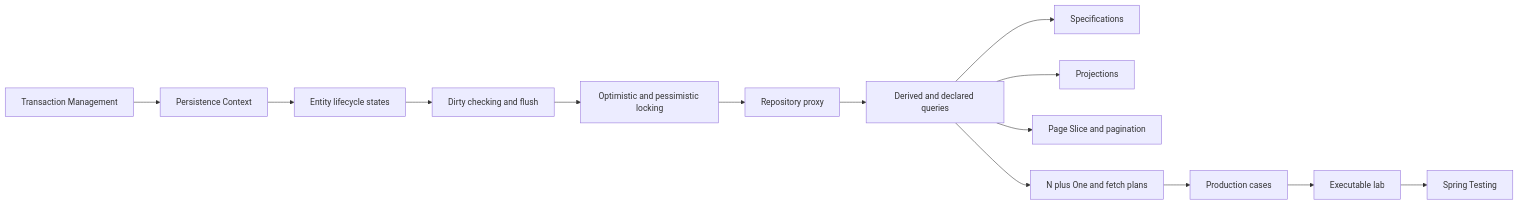
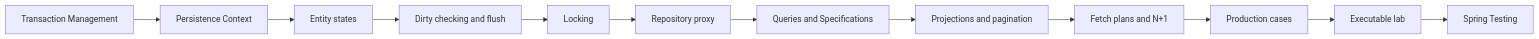
One commit to alimbetov/obsidian changed the diagram in 30_CERTIFICATIONS/Spring/2V0-72.22/Spring Data JPA Roadmap.md. Above: the diagram before and after it, drawn with Mermaid. The commit also changed other lines of this file, not shown here.

Commit message:
docs: normalize Spring Data JPA route cross-links

````diff
--- a/30_CERTIFICATIONS/Spring/2V0-72.22/Spring Data JPA Roadmap.md
+++ b/30_CERTIFICATIONS/Spring/2V0-72.22/Spring Data JPA Roadmap.md
@@ -44,16 +42,14 @@
 ```mermaid
 flowchart LR
-    TX[Transaction Management] --> PC[Persistence Context]
-    PC --> STATE[Entity lifecycle states]
-    STATE --> DIRTY[Dirty checking and flush]
-    DIRTY --> LOCK[Optimistic and pessimistic locking]
-    LOCK --> REPO[Repository proxy]
-    REPO --> QUERY[Derived and declared queries]
-    QUERY --> SPEC[Specifications]
-    QUERY --> PROJ[Projections]
-    QUERY --> PAGE[Page Slice and pagination]
-    QUERY --> FETCH[N plus One and fetch plans]
-    FETCH --> PROD[Production cases]
-    PROD --> LAB[Executable lab]
-    LAB --> TEST[Spring Testing]
+    TX["Transaction Management"] --> PC["Persistence Context"]
+    PC --> STATE["Entity states"]
+    STATE --> DIRTY["Dirty checking and flush"]
+    DIRTY --> LOCK["Locking"]
+    LOCK --> REPO["Repository proxy"]
+    REPO --> QUERY["Queries and Specifications"]
+    QUERY --> SHAPE["Projections and pagination"]
+    SHAPE --> FETCH["Fetch plans and N+1"]
+    FETCH --> CASES["Production cases"]
+    CASES --> LAB["Executable lab"]
+    LAB --> TEST["Spring Testing"]
 ```
````
